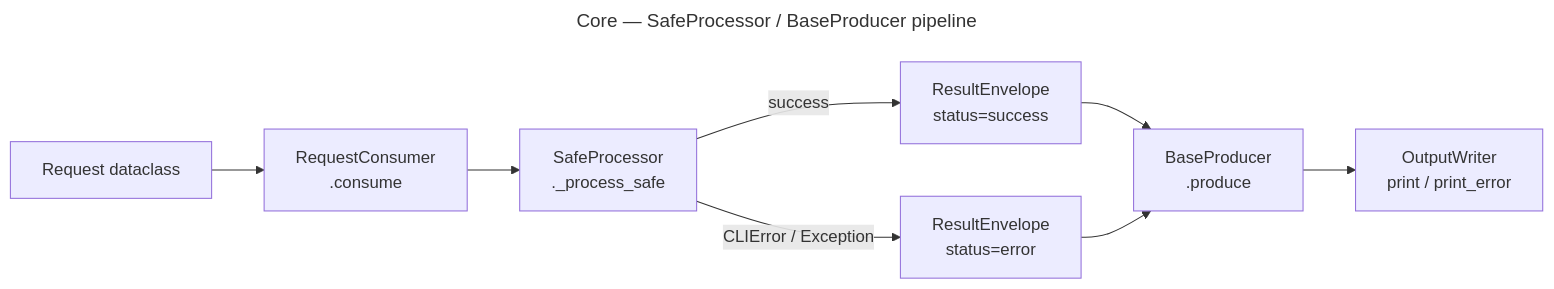
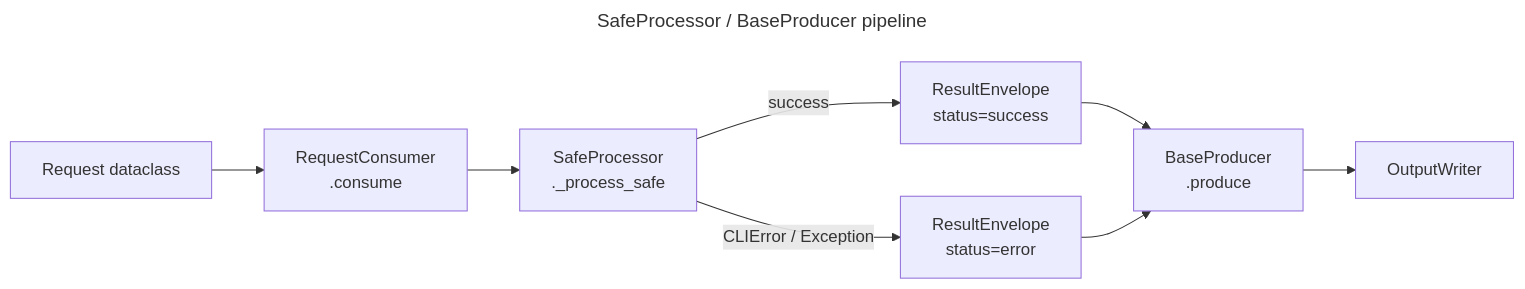
The second of 2 diagrams in src/core/README.md (dancing-bear-show/dancing-bear), drawn with Mermaid before and after one commit. The commit also changed other lines of this file and 45 other files, not shown here.

````diff
--- a/src/core/README.md
+++ b/src/core/README.md
@@ -23,13 +23,13 @@
 ```mermaid
 ---
-title: Core — SafeProcessor / BaseProducer pipeline
+title: SafeProcessor / BaseProducer pipeline
 ---
 flowchart LR
     request[Request dataclass] --> consumer[RequestConsumer\n.consume]
     consumer --> processor[SafeProcessor\n._process_safe]
     processor -->|success| envelope[ResultEnvelope\nstatus=success]
     processor -->|CLIError / Exception| envelope2[ResultEnvelope\nstatus=error]
     envelope --> producer[BaseProducer\n.produce]
     envelope2 --> producer
-    producer --> writer[OutputWriter\nprint / print_error]
+    producer --> writer[OutputWriter]
 ```
````
